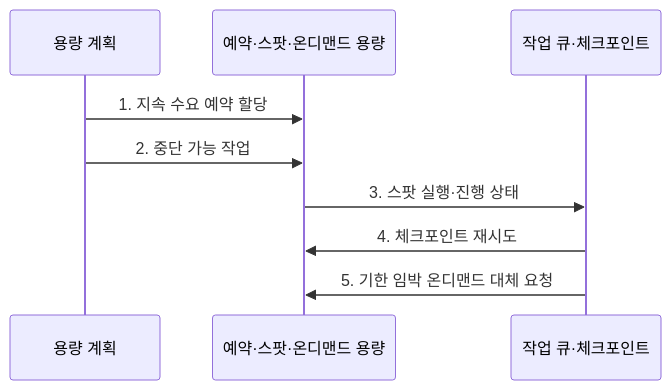
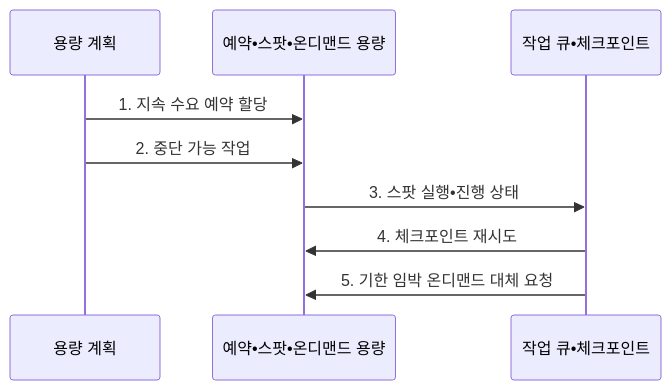
Before and after one commit to agnusdei1207/knowledge-base: the second of 2 diagrams in src/content/docs/notes/03-software/148_reserved_spot_instance.md, drawn with Mermaid. The commit also changed other lines of this file and 953 other files, not shown here.

````diff
--- a/src/content/docs/notes/03-software/148_reserved_spot_instance.md
+++ b/src/content/docs/notes/03-software/148_reserved_spot_instance.md
@@ -109,11 +109,11 @@
 ```mermaid
 sequenceDiagram
     participant B as 용량 계획
-    participant S as 예약·스팟·온디맨드 용량
-    participant Q as 작업 큐·체크포인트
+    participant S as 예약•스팟•온디맨드 용량
+    participant Q as 작업 큐•체크포인트
     B->>S: 1. 지속 수요 예약 할당
     B->>S: 2. 중단 가능 작업
-    S->>Q: 3. 스팟 실행·진행 상태
+    S->>Q: 3. 스팟 실행•진행 상태
     Q->>S: 4. 체크포인트 재시도
     Q->>S: 5. 기한 임박 온디맨드 대체 요청
 ```
````
